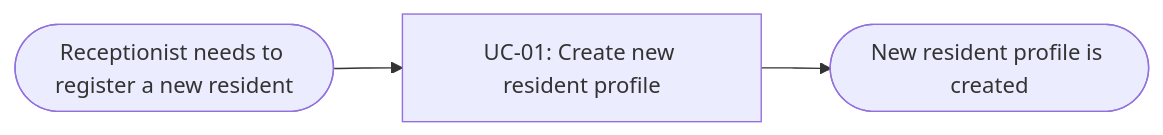
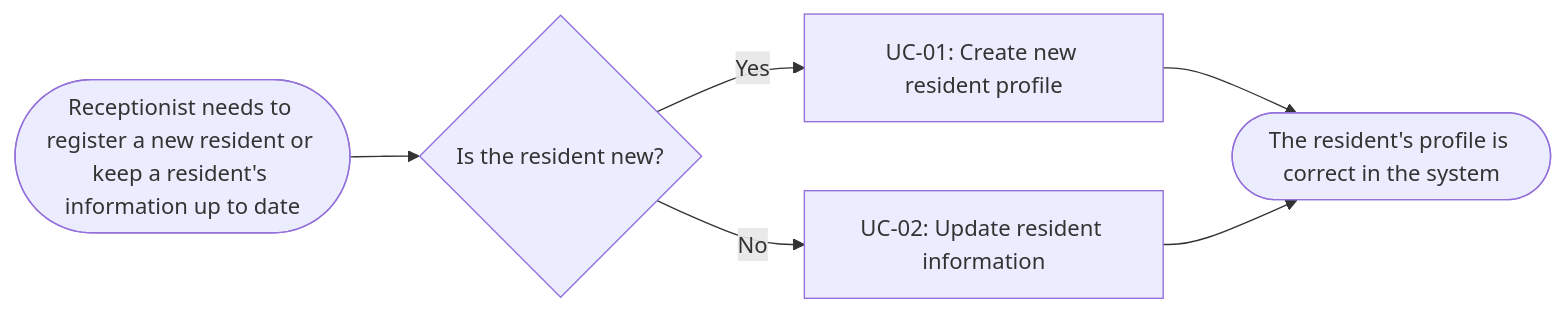
Before and after one commit to hatrang191/groupE-nursinghome: the first of 7 diagrams in docs/external-design/usage-flow.md, drawn with Mermaid. The commit also changed other lines of this file, not shown here.

````diff
--- a/docs/external-design/usage-flow.md
+++ b/docs/external-design/usage-flow.md
@@ -15,9 +13,8 @@
-``` mermaid
-
+```mermaid
 flowchart LR
-
-  A(["Receptionist needs to register a new resident"]) --> U1["UC-01: Create new resident profile"]
-
-  U1 --> Z(["New resident profile is created"])
-
+  A(["Receptionist needs to register a new resident or keep a resident's information up to date"]) --> D{"Is the resident new?"}
+  D -->|"Yes"| U1["UC-01: Create new resident profile"]
+  D -->|"No"| U2["UC-02: Update resident information"]
+  U1 --> Z(["The resident's profile is correct in the system"])
+  U2 --> Z
 ```
````
